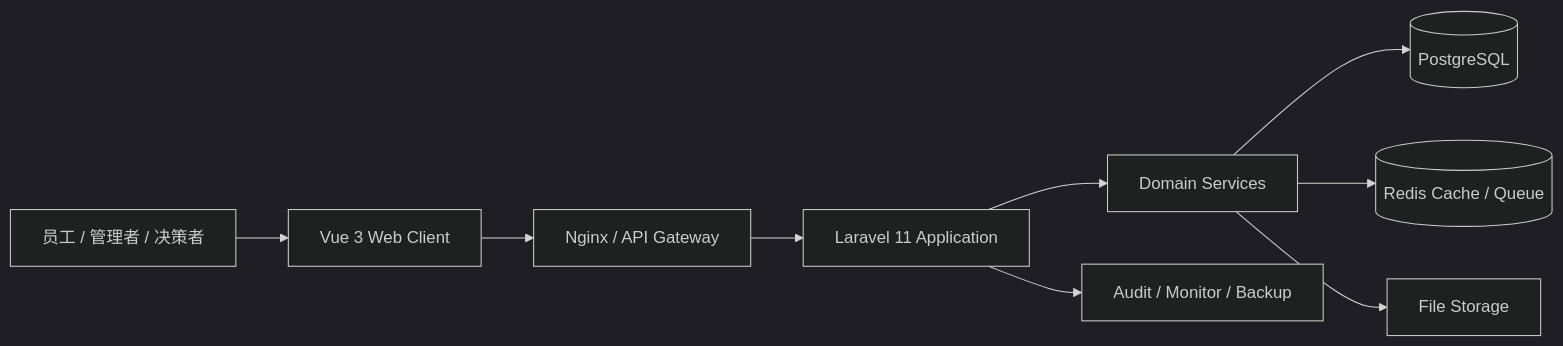
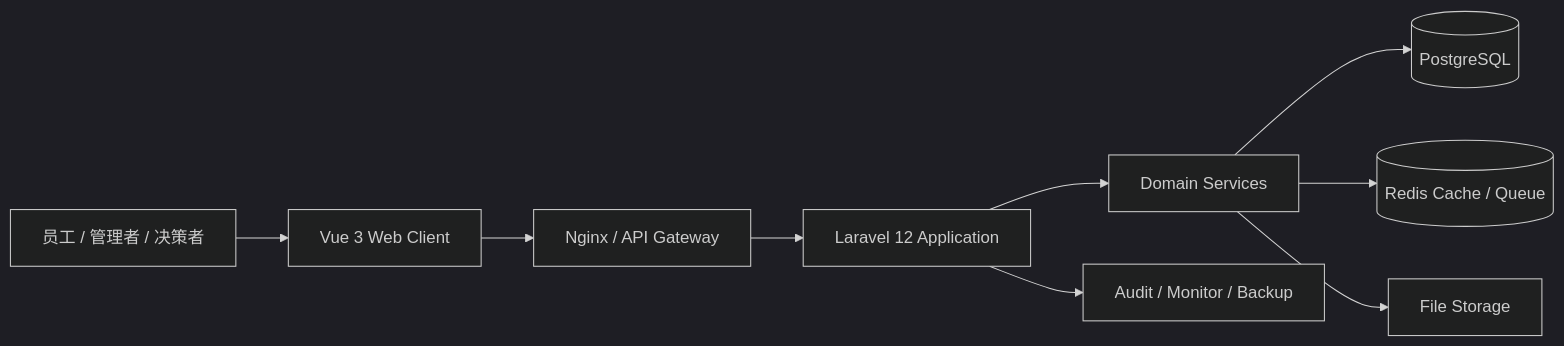
The diagram in README.md (cyxxmrg/security-oa), drawn with Mermaid (dark theme) before and after one commit. The commit also changed other lines of this file and 52 other files, not shown here.

````diff
--- a/README.md
+++ b/README.md
@@ -51,11 +51,11 @@
 ```mermaid
 flowchart LR
     U["员工 / 管理者 / 决策者"] --> W["Vue 3 Web Client"]
     W --> G["Nginx / API Gateway"]
-    G --> A["Laravel 11 Application"]
+    G --> A["Laravel 12 Application"]
     A --> S["Domain Services"]
     S --> P[("PostgreSQL")]
     S --> R[("Redis Cache / Queue")]
     S --> F["File Storage"]
     A --> O["Audit / Monitor / Backup"]
 ```
````
